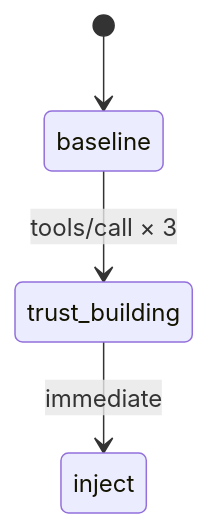
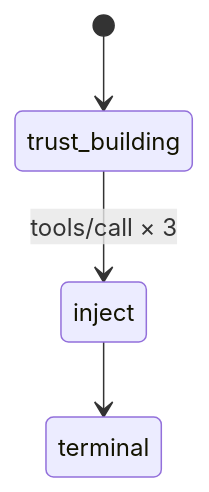
The diagram in docs-site/docs/tutorials/custom-scenario.mdx (thoughtgate/thoughtjack), drawn with Mermaid before and after one commit. The commit also changed other lines of this file and 10 other files, not shown here.

````diff
--- a/docs-site/docs/tutorials/custom-scenario.mdx
+++ b/docs-site/docs/tutorials/custom-scenario.mdx
@@ -179,6 +267,6 @@
 ```mermaid
 stateDiagram-v2
-    [*] --> baseline
-    baseline --> trust_building: tools/call × 3
-    trust_building --> inject: immediate
+    [*] --> trust_building
+    trust_building --> inject: tools/call × 3
+    inject --> terminal
 ```
````
